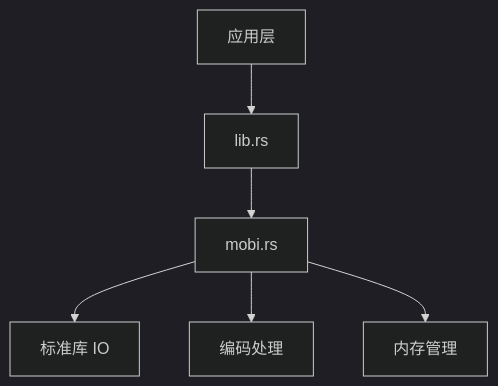
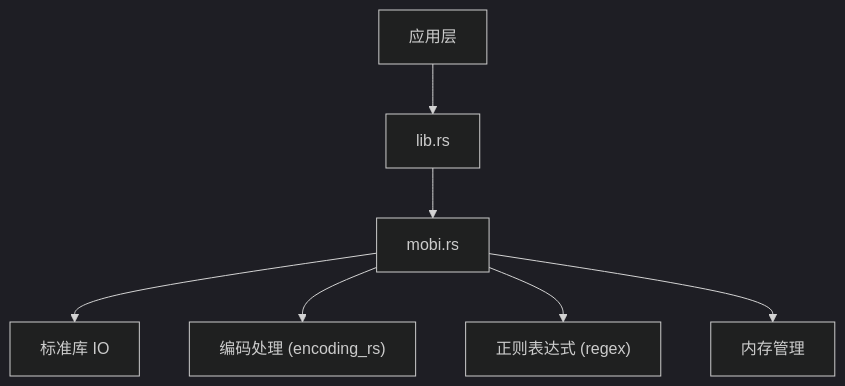
Diagram 13 of 13 in .qoder/repowiki/zh/content/架构设计/分层架构设计/业务逻辑层/书籍处理引擎/MOBI格式处理.md (ZhangGHGitHub/LegadoTeamFlutter), drawn with Mermaid (dark theme) before and after one commit. The commit also changed other lines of this file and 173 other files, not shown here.

````diff
--- a/.qoder/repowiki/zh/content/架构设计/分层架构设计/业务逻辑层/书籍处理引擎/MOBI格式处理.md
+++ b/.qoder/repowiki/zh/content/架构设计/分层架构设计/业务逻辑层/书籍处理引擎/MOBI格式处理.md
@@ -264,8 +456,9 @@
 ```mermaid
 graph TB
 Mobi["mobi.rs"] --> StdIO["标准库 IO"]
-Mobi --> Encoding["编码处理"]
+Mobi --> Encoding["编码处理 (encoding_rs)"]
+Mobi --> Regex["正则表达式 (regex)"]
 Mobi --> Memory["内存管理"]
 Lib["lib.rs"] --> Mobi
 App["应用层"] --> Lib
 ```
````
